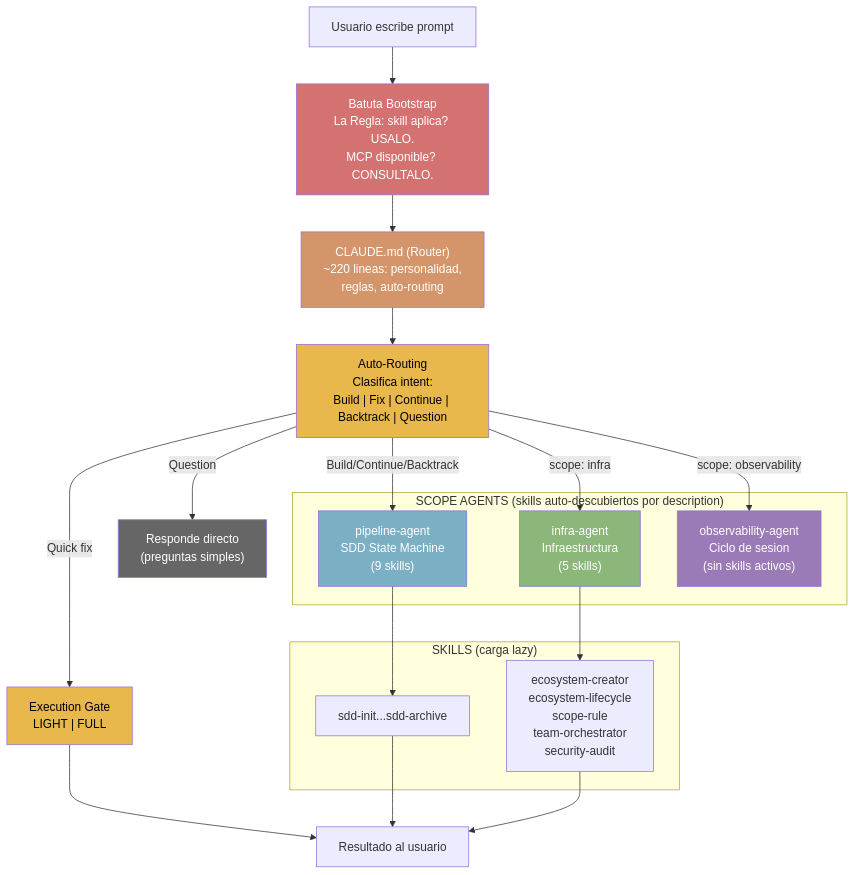
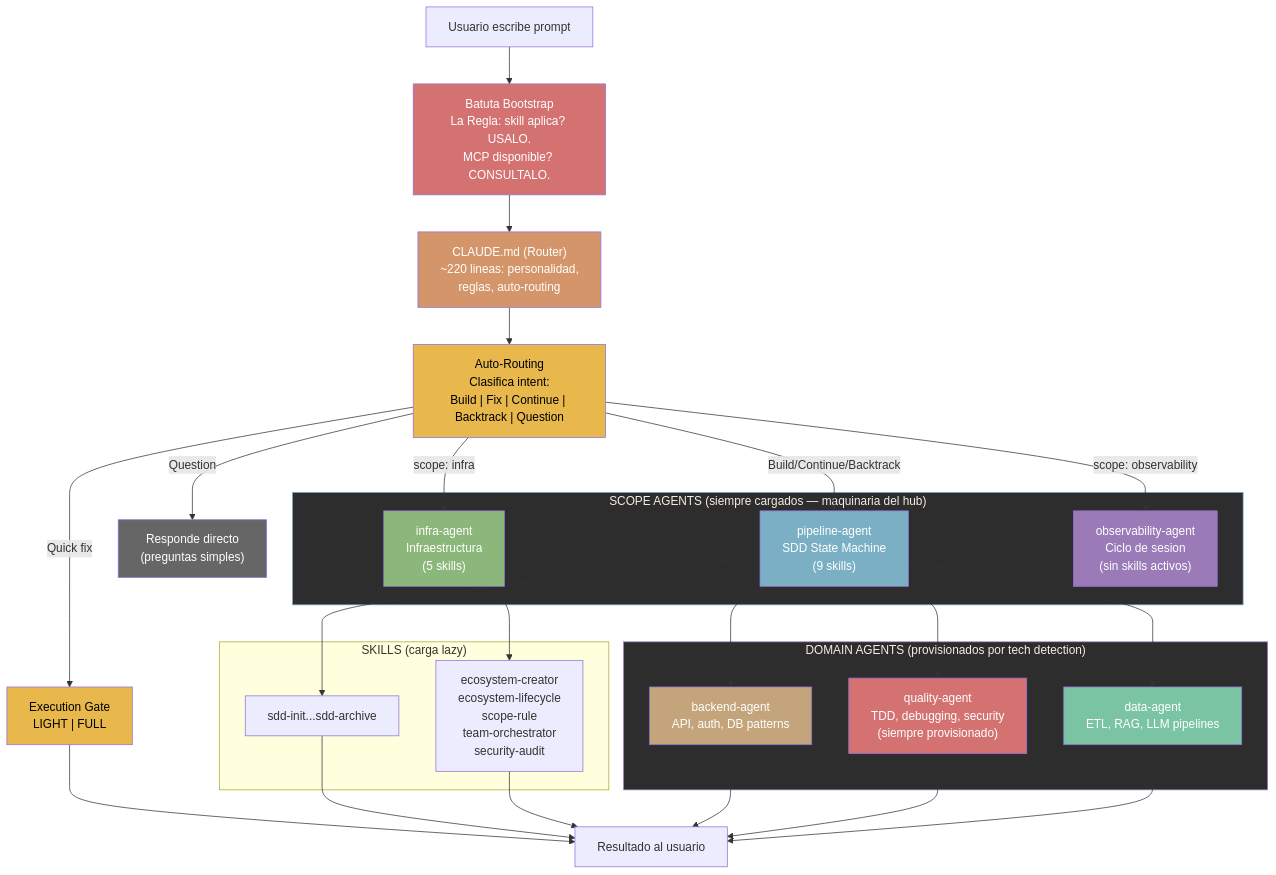
The second of 26 diagrams in docs/architecture/arquitectura-diagrama.md (jota-batuta/batuta-dots), drawn with Mermaid before and after one commit. The commit also changed other lines of this file and 79 other files, not shown here.

First line of the commit message:
feat(v13): agents architecture, skill eval, validation fixes

````diff
--- a/docs/architecture/arquitectura-diagrama.md
+++ b/docs/architecture/arquitectura-diagrama.md
@@ -56,42 +64,59 @@
 ```mermaid
 flowchart TD
     USER["Usuario escribe prompt"]
     BOOTSTRAP["Batuta Bootstrap<br/>La Regla: skill aplica? USALO.<br/>MCP disponible? CONSULTALO."]
     AUTOROUTE["Auto-Routing<br/>Clasifica intent:<br/>Build | Fix | Continue | Backtrack | Question"]
     ROUTER["CLAUDE.md (Router)<br/>~220 lineas: personalidad,<br/>reglas, auto-routing"]
 
-    subgraph AGENTS["SCOPE AGENTS (skills auto-descubiertos por description)"]
+    subgraph SCOPE_AGENTS["SCOPE AGENTS (siempre cargados — maquinaria del hub)"]
         PIPELINE["pipeline-agent<br/>SDD State Machine<br/>(9 skills)"]
         INFRA["infra-agent<br/>Infraestructura<br/>(5 skills)"]
         OBS["observability-agent<br/>Ciclo de sesion<br/>(sin skills activos)"]
+    end
+
+    subgraph DOMAIN_AGENTS["DOMAIN AGENTS (provisionados por tech detection)"]
+        BACKEND["backend-agent<br/>API, auth, DB patterns"]
+        QUALITY["quality-agent<br/>TDD, debugging, security<br/>(siempre provisionado)"]
+        DATA["data-agent<br/>ETL, RAG, LLM pipelines"]
     end
 
     subgraph SKILLS["SKILLS (carga lazy)"]
         SDD["sdd-init...sdd-archive"]
         ECO["ecosystem-creator<br/>ecosystem-lifecycle<br/>scope-rule<br/>team-orchestrator<br/>security-audit"]
     end
 
     RESULT["Resultado al usuario"]
     DIRECT["Responde directo<br/>(preguntas simples)"]
     GATE["Execution Gate<br/>LIGHT | FULL"]
 
     USER --> BOOTSTRAP --> ROUTER --> AUTOROUTE
     AUTOROUTE -->|"Build/Continue/Backtrack"| PIPELINE
     AUTOROUTE -->|"scope: infra"| INFRA
     AUTOROUTE -->|"scope: observability"| OBS
     AUTOROUTE -->|"Question"| DIRECT
     AUTOROUTE -->|"Quick fix"| GATE --> RESULT
     PIPELINE --> SDD
+    PIPELINE --> BACKEND
+    PIPELINE --> QUALITY
+    PIPELINE --> DATA
     INFRA --> ECO
     SDD --> RESULT
     ECO --> RESULT
+    BACKEND --> RESULT
+    QUALITY --> RESULT
+    DATA --> RESULT
 
     style ROUTER fill:#D4956A,color:#fff
     style BOOTSTRAP fill:#D47272,color:#fff
     style AUTOROUTE fill:#E8B84D,color:#000
     style PIPELINE fill:#7AAFC4,color:#fff
     style INFRA fill:#8BB87A,color:#fff
     style OBS fill:#9B7AB8,color:#fff
+    style SCOPE_AGENTS fill:#2d2d2d,stroke:#7AAFC4,color:#F5EDE4
+    style DOMAIN_AGENTS fill:#2d2d2d,stroke:#9B7AB8,color:#F5EDE4
+    style BACKEND fill:#C4A47A,color:#fff
+    style QUALITY fill:#D47272,color:#fff
+    style DATA fill:#7AC4A4,color:#fff
     style DIRECT fill:#666,color:#fff
     style GATE fill:#E8B84D,color:#000
 ```
````
